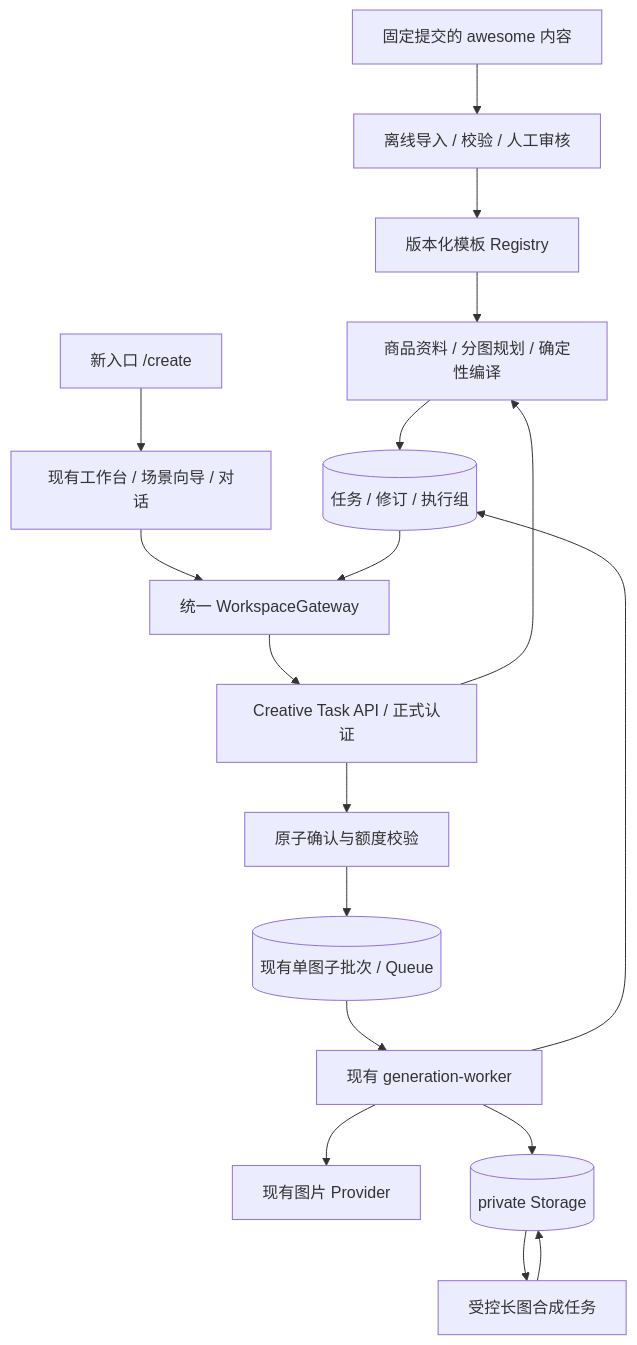
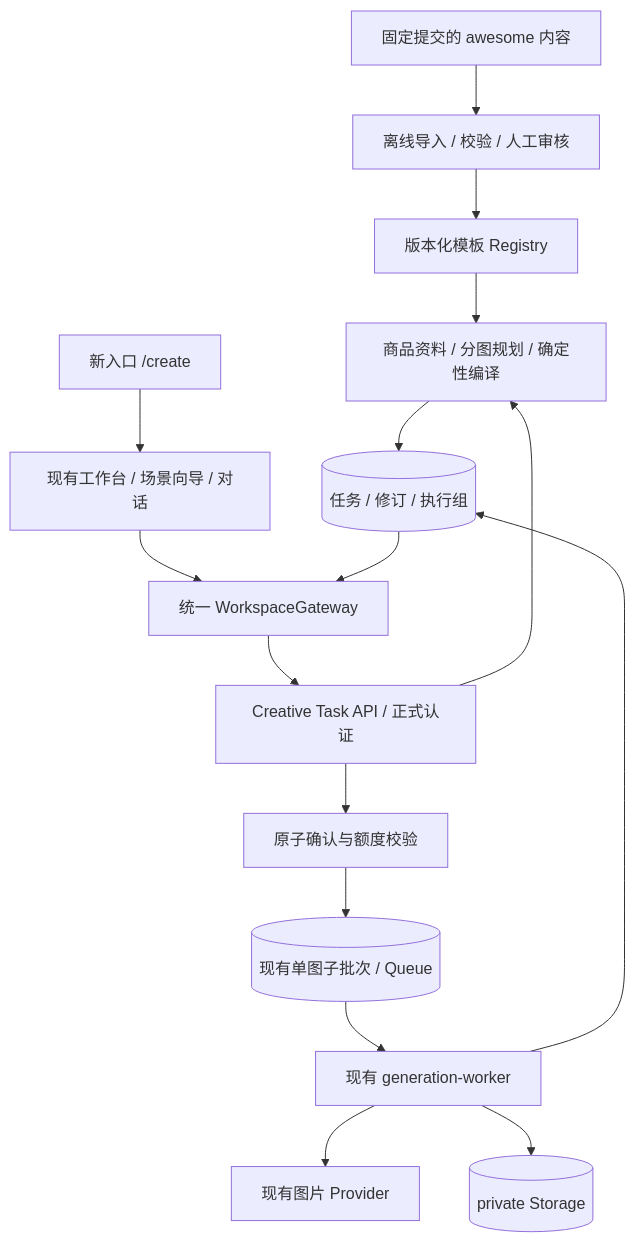
The first of 2 diagrams in doc/research/senyu-zimage/zimage-commerce-technical.md (zhYAO/Image-web), drawn with Mermaid before and after one commit. The commit also changed other lines of this file and 124 other files, not shown here.

First line of the commit message:
feat(phase2,commerce): 实现商业化工作台、生成可靠性与参考图晋升链路

````diff
--- a/doc/research/senyu-zimage/zimage-commerce-technical.md
+++ b/doc/research/senyu-zimage/zimage-commerce-technical.md
@@ -79,20 +81,18 @@
 ```mermaid
 flowchart TD
     SRC[固定提交的 awesome 内容] --> INGEST[离线导入 / 校验 / 人工审核]
     INGEST --> REG[版本化模板 Registry]
     CATALOG[新入口 /create] --> WS[现有工作台 / 场景向导 / 对话]
     WS --> GW[统一 WorkspaceGateway]
     GW --> API[Creative Task API / 正式认证]
     API --> PLANNER[商品资料 / 分图规划 / 确定性编译]
     REG --> PLANNER
     PLANNER --> DB[(任务 / 修订 / 执行组)]
     API --> RPC[原子确认与额度校验]
     RPC --> BATCH[(现有单图子批次 / Queue)]
     BATCH --> WORKER[现有 generation-worker]
     WORKER --> PROVIDER[现有图片 Provider]
     WORKER --> STORAGE[(private Storage)]
     WORKER --> DB
-    STORAGE --> COMPOSE[受控长图合成任务]
-    COMPOSE --> STORAGE
     DB --> GW
 ```
````
